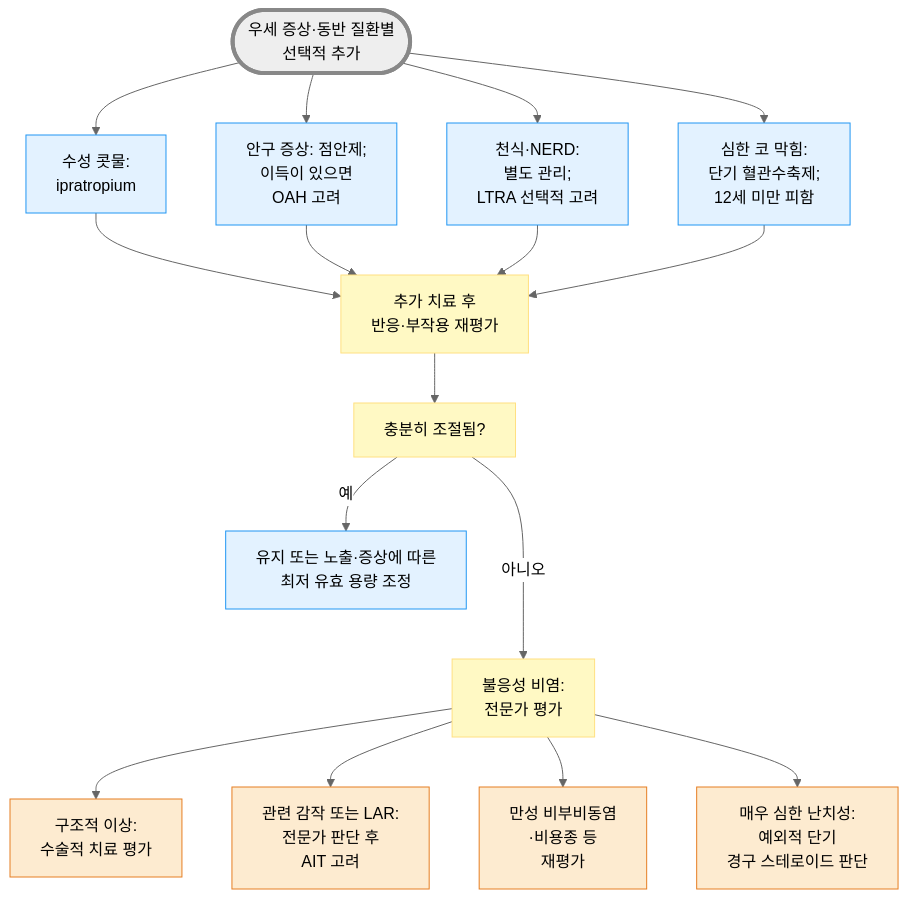
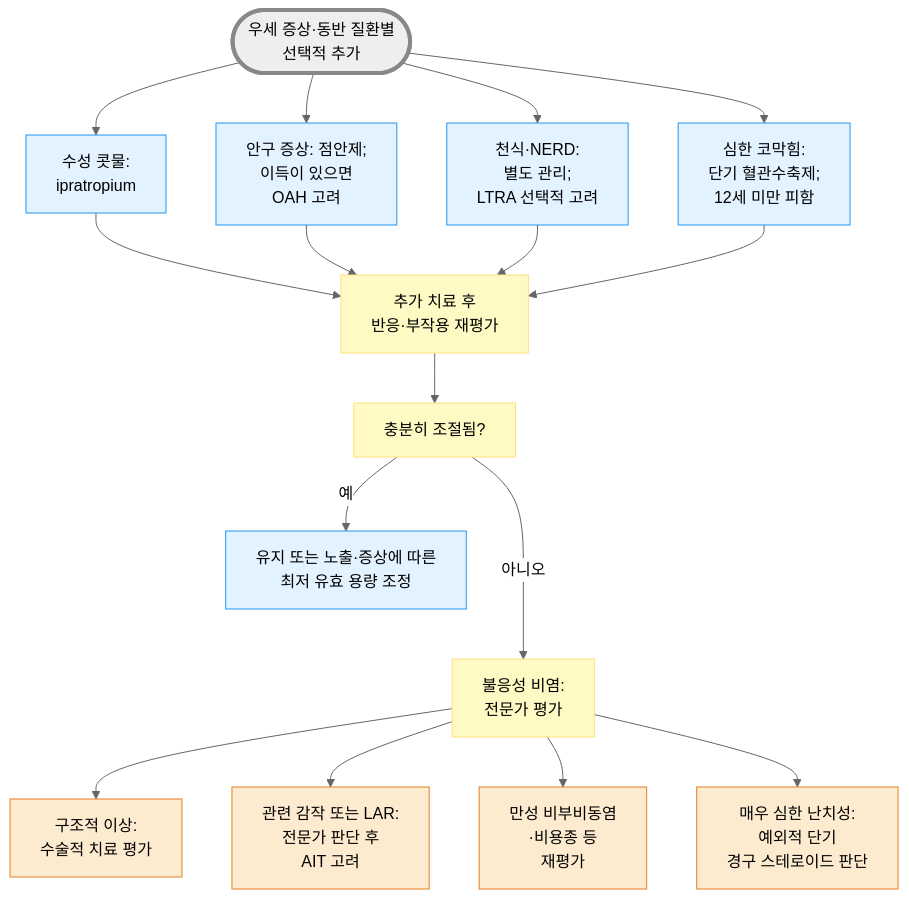
One commit to familyoh77/familyoh77 changed the second of 2 diagrams in 222_/051_-allergic-rhinitis.md. Above: the diagram before and after it, drawn with Mermaid (neutral theme). The commit also changed other lines of this file, not shown here.

````diff
--- a/222_/051_-allergic-rhinitis.md
+++ b/222_/051_-allergic-rhinitis.md
@@ -279,30 +279,30 @@
 ```mermaid
 graph TD
 
 Symptoms(["우세 증상·동반 질환별 <br/>선택적 추가"])
 Symptoms --> Tx1["수성 콧물: <br/>ipratropium"]
 Symptoms --> Tx2["안구 증상: 점안제; <br/>이득이 있으면 <br/>OAH 고려"]
 Symptoms --> Tx3["천식·NERD: <br/>별도 관리; <br/>LTRA 선택적 고려"]
-Symptoms --> Tx4["심한 코 막힘: <br/>단기 혈관수축제; <br/>12세 미만 피함"]
+Symptoms --> Tx4["심한 코막힘: <br/>단기 혈관수축제; <br/>12세 미만 피함"]
 Tx1 --> Reassess["추가 치료 후 <br/>반응·부작용 재평가"]
 Tx2 --> Reassess
 Tx3 --> Reassess
 Tx4 --> Reassess
 Reassess --> Control3["충분히 조절됨?"]
 Control3 -->|예| Maintain["유지 또는 노출·증상에 따른 <br/>최저 유효 용량 조정"]
 Control3 --->|아니오| Fail3["불응성 비염: <br/>전문가 평가"]
 Fail3 --> Cause1["구조적 이상: <br/>수술적 치료 평가"]
 Fail3 --> Cause2["관련 감작 또는 LAR: <br/>전문가 판단 후 <br/>AIT 고려"]
 Fail3 --> Cause3["만성 비부비동염<br/>·비용종 등 <br/>재평가"]
 Fail3 --> Rescue["매우 심한 난치성: <br/>예외적 단기 <br/>경구 스테로이드 판단"]
 
 style Symptoms fill:#eeeeee,stroke:#888888,stroke-width:4px
 classDef yellow fill:#fff9c4,stroke:#ffe082
 class Control3,Reassess,Fail3 yellow
 classDef sky fill:#e3f2ff,stroke:#2196f3
 class Tx1,Tx2,Tx3,Tx4,Maintain sky
 classDef orange fill:#fdebd0,stroke:#e67e22
 class Cause1,Cause2,Cause3,Rescue orange
 
 
 ```
````
